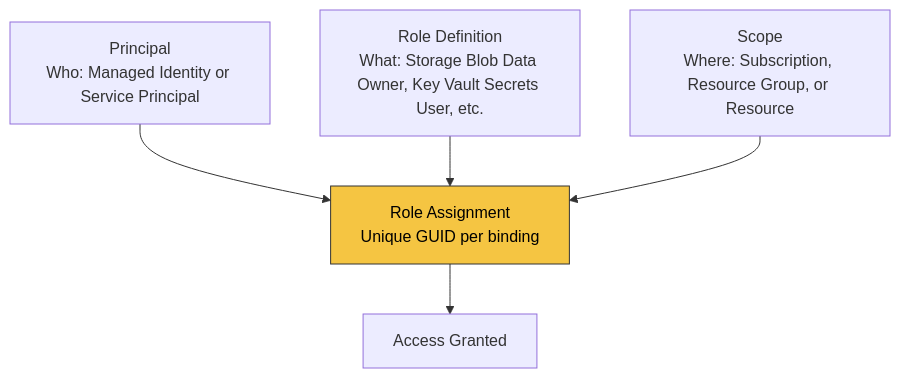
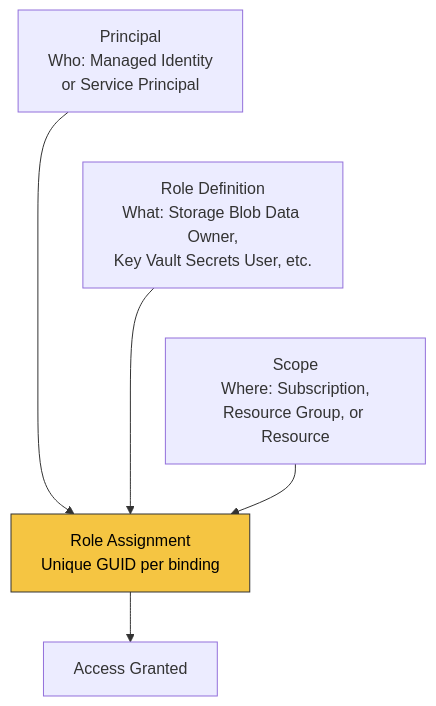
One commit to yeongseon/azure-functions-practical-guide changed the second of 2 diagrams in docs/language-guides/python/recipes/managed-identity.md. Above: the diagram before and after it, drawn with Mermaid. The commit also changed other lines of this file and 4 other files, not shown here.

First line of the commit message:
docs(diagrams): clarify Python identity and recipe diagram relationships (#539)

````diff
--- a/docs/language-guides/python/recipes/managed-identity.md
+++ b/docs/language-guides/python/recipes/managed-identity.md
@@ -49,9 +59,14 @@
 ```mermaid
 flowchart TD
-    P[Principal<br/>Who: Managed Identity or Service Principal] --> RA[Role Assignment<br/>Unique GUID per binding]
-    RD[Role Definition<br/>What: Storage Blob Data Owner, Key Vault Secrets User, etc.] --> RA
-    S[Scope<br/>Where: Subscription, Resource Group, or Resource] --> RA
+    accTitle: Azure RBAC role assignment components
+    accDescr: Principal, role definition and scope define a role assignment and the permissions it grants. These are configuration relationships, not a runtime data path; access granted means the assigned permissions at scope, not guaranteed success of a request.
+    P[Principal<br/>Who: Managed Identity<br/>or Service Principal] --> RA[Role Assignment<br/>Unique GUID per binding]
+    RD[Role Definition<br/>What: Storage Blob Data Owner,<br/>Key Vault Secrets User, etc.] --> RA
+    S[Scope<br/>Where: Subscription,<br/>Resource Group, or Resource] --> RA
     RA --> ACCESS[Access Granted]
 
+    %% Layout-only links tier the three inputs; they add no permission dependency or data hop.
+    P ~~~ RD
+    RD ~~~ S
     style RA fill:#f5c542,stroke:#333,color:#000
 ```
````
